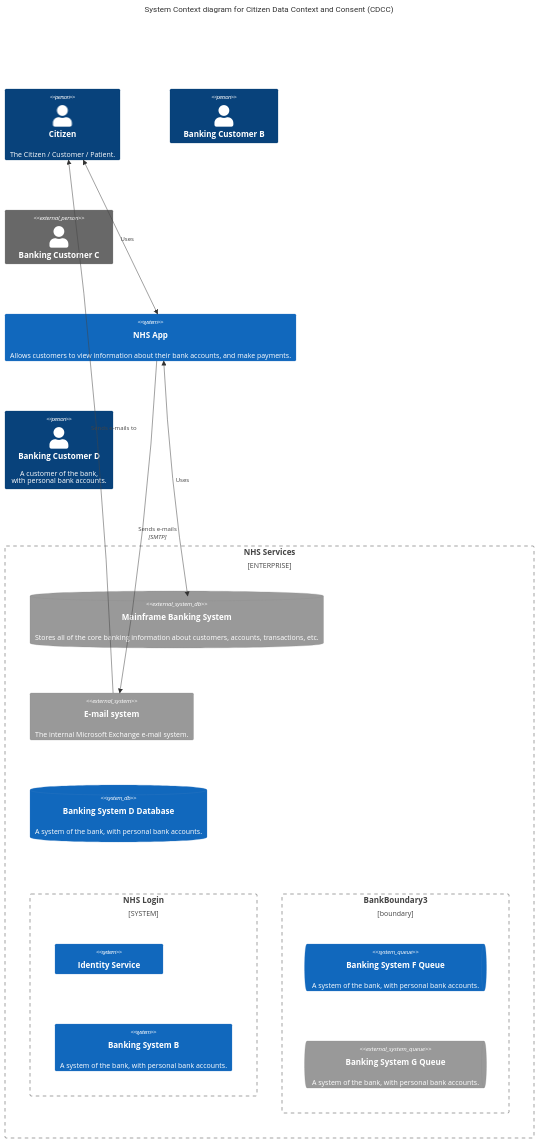
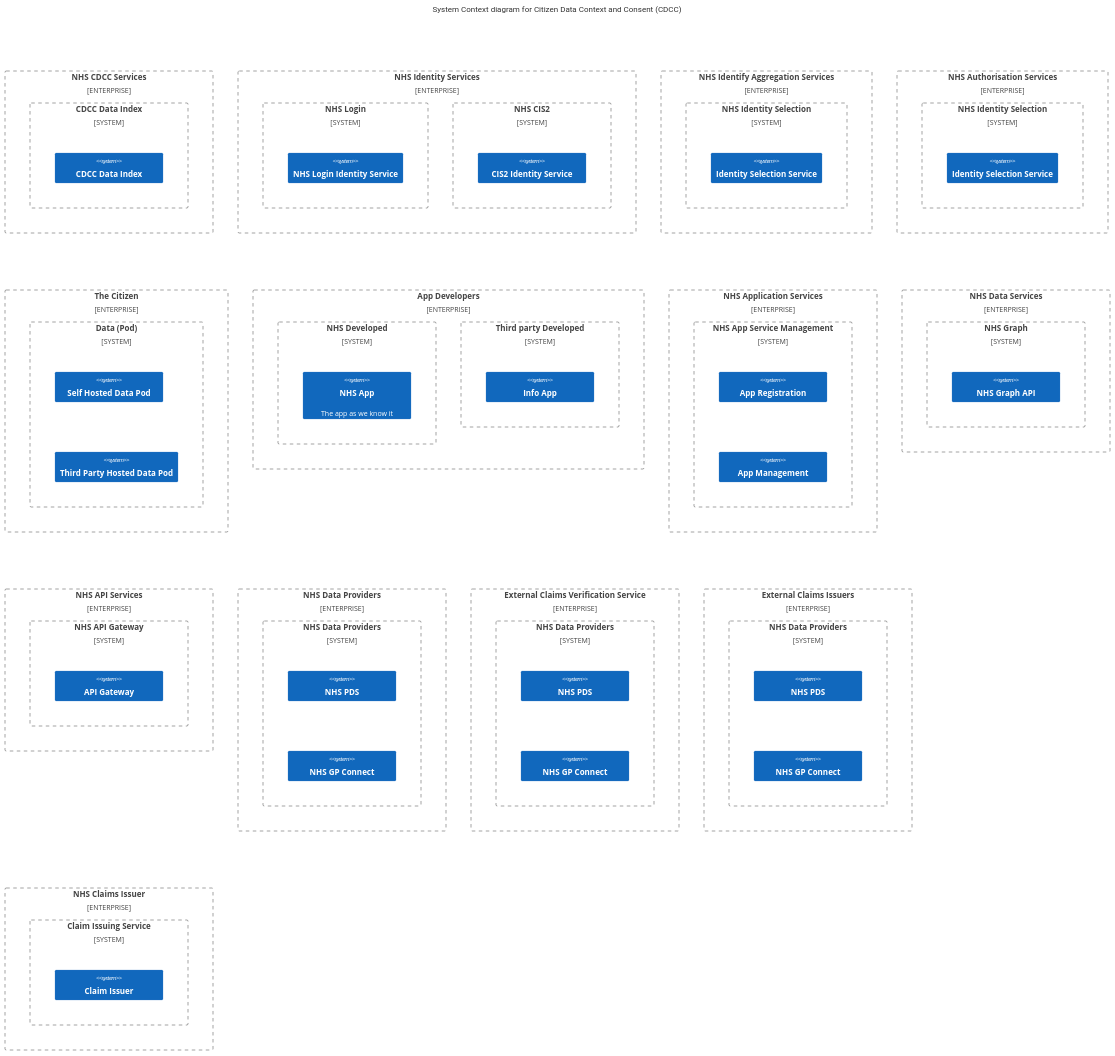
Before and after one commit to RossBugginsNHS/architecture-design-docs: the diagram in docs/citizen-access-control/index.md, drawn with Mermaid. The commit also changed other lines of this file, not shown here.

````diff
--- a/docs/citizen-access-control/index.md
+++ b/docs/citizen-access-control/index.md
@@ -13,33 +20,125 @@
 C4Context
 title System Context diagram for Citizen Data Context and Consent (CDCC)
 
+UpdateLayoutConfig(4, 4);
 Person(citizenContext, "Citizen", "The Citizen / Customer / Patient.")
-Person(customerB, "Banking Customer B")
-Person_Ext(customerC, "Banking Customer C")
-System(SystemAA, "NHS App", "Allows customers to view information about their bank accounts, and make payments.")
 
-Person(customerD, "Banking Customer D", "A customer of the bank, <br/> with personal bank accounts.")
 
-Enterprise_Boundary(b1, "NHS Services") {
 
-  SystemDb_Ext(SystemE, "Mainframe Banking System", "Stores all of the core banking information about customers, accounts, transactions, etc.")
+
+Enterprise_Boundary(bdfg1, "NHS CDCC Services") {
+
+  System_Boundary(bdfg2, "CDCC Data Index") {
+    System(SysdfgtemA, "CDCC Data Index")
+  }
+
+}
+
+
+Enterprise_Boundary(b1, "NHS Identity Services") {
 
   System_Boundary(b2, "NHS Login") {
-    System(SystemA, "Identity Service")
-    System(SystemB, "Banking System B", "A system of the bank, with personal bank accounts.")
+    System(SystemA, "NHS Login Identity Service")
   }
 
-  System_Ext(SystemC, "E-mail system", "The internal Microsoft Exchange e-mail system.")
-  SystemDb(SystemD, "Banking System D Database", "A system of the bank, with personal bank accounts.")
+    System_Boundary(basd2, "NHS CIS2") {
+    System(SysteasdasdmA, "CIS2 Identity Service")
+  }
 
-  Boundary(b3, "BankBoundary3", "boundary") {
-    SystemQueue(SystemF, "Banking System F Queue", "A system of the bank, with personal bank accounts.")
-    SystemQueue_Ext(SystemG, "Banking System G Queue", "A system of the bank, with personal bank accounts.")
+
+}
+
+Enterprise_Boundary(ddfgfgb1, "NHS Identify Aggregation  Services") {
+
+  System_Boundary(dfgfdfgb2, "NHS Identity Selection") {
+    System(SystegfddmA, "Identity Selection Service")
   }
 }
 
-BiRel(citizenContext, SystemAA, "Uses")
-BiRel(SystemAA, SystemE, "Uses")
-Rel(SystemAA, SystemC, "Sends e-mails", "SMTP")
-Rel(SystemC, citizenContext, "Sends e-mails to")           
+
+Enterprise_Boundary(ddfdfggfgb1, "NHS Authorisation Services") {
+
+  System_Boundary(dfgfdfgdfgb2, "NHS Identity Selection") {
+    System(SystegfdfgddmA, "Identity Selection Service")
+  }
+
+}
+
+Enterprise_Boundary(bsdfsfd12, "The Citizen") {
+
+  System_Boundary(bsdf22, "Data (Pod)") {
+    System(Systsdfem2A, "Self Hosted Data Pod")
+    System(Syssdftem2B, "Third Party Hosted Data Pod")
+  }
+
+}
+
+Enterprise_Boundary(bsdfsfsdfd12, "App Developers") {
+
+  System_Boundary(bsdsdff22, "NHS Developed") {
+   System(SystemAA, "NHS App", "The app as we know it")
+  }
+
+  System_Boundary(nhsdfsdisdfrectory2, "Third party Developed") {
+    System(nhssdfisfdnfo2, "Info App")
+  }
+}
+
+Enterprise_Boundary(b13453452, "NHS Application Services") {
+
+  System_Boundary(345b22, "NHS App Service Management") {
+    System(Sys4345tem2A, "App Registration")
+    System(Syste34367m2B, "App Management")
+  }
+
+}
+
+Enterprise_Boundary(b12, "NHS Data Services") {
+
+  System_Boundary(b22, "NHS Graph") {
+    System(System2A, "NHS Graph API")
+  }
+}
+
+
+Enterprise_Boundary(b1sdfsdf2, "NHS API Services") {
+
+  System_Boundary(bsdfsdf22, "NHS API Gateway") {
+    System(Systesdfsdfm2A, "API Gateway")
+  }
+
+}
+
+
+Enterprise_Boundary(b1ssdfsdfdfsdf2, "NHS Data Providers") {
+
+  System_Boundary(bsdfsdfsfdsdf22, "NHS Data Providers") {
+    System(Systesdfsfdsfdsdfm2A, "NHS PDS")
+    System(Systesdsdfsfdfsdfm2B, "NHS GP Connect")
+  }
+}
+
+Enterprise_Boundary(b1ssdasdasdfsdfdfsdf2, "External Claims Verification Service") {
+
+  System_Boundary(bsdfsdfasdasdsfdsdf22, "NHS Data Providers") {
+    System(Systesdfsfdsfdasdasdsdfm2A, "NHS PDS")
+    System(Systesdsdfsfdfasdasdsdfm2B, "NHS GP Connect")
+  }
+}
+
+
+Enterprise_Boundary(b1ssdasdasdfsdfsdfdfsdf2, "External Claims Issuers") {
+
+  System_Boundary(bsdfsdfasdasdsdfsfdsdf22, "NHS Data Providers") {
+    System(Systesdfsfdsfdasdassdfdsdfm2A, "NHS PDS")
+    System(Systesdsdfsfdfasdasdfsdsdfm2B, "NHS GP Connect")
+  }
+}
+
+Enterprise_Boundary(b1ssdasdasdfsddfgfsdfdfsdf2, "NHS Claims Issuer") {
+
+  System_Boundary(bsdfsdfasdasdsdfsdfgfdsdf22, "Claim Issuing Service") {
+    System(Systesdfsfdsfdasdassdfdfgdsdfm2A, "Claim Issuer")
+  }
+}
 ```
````
